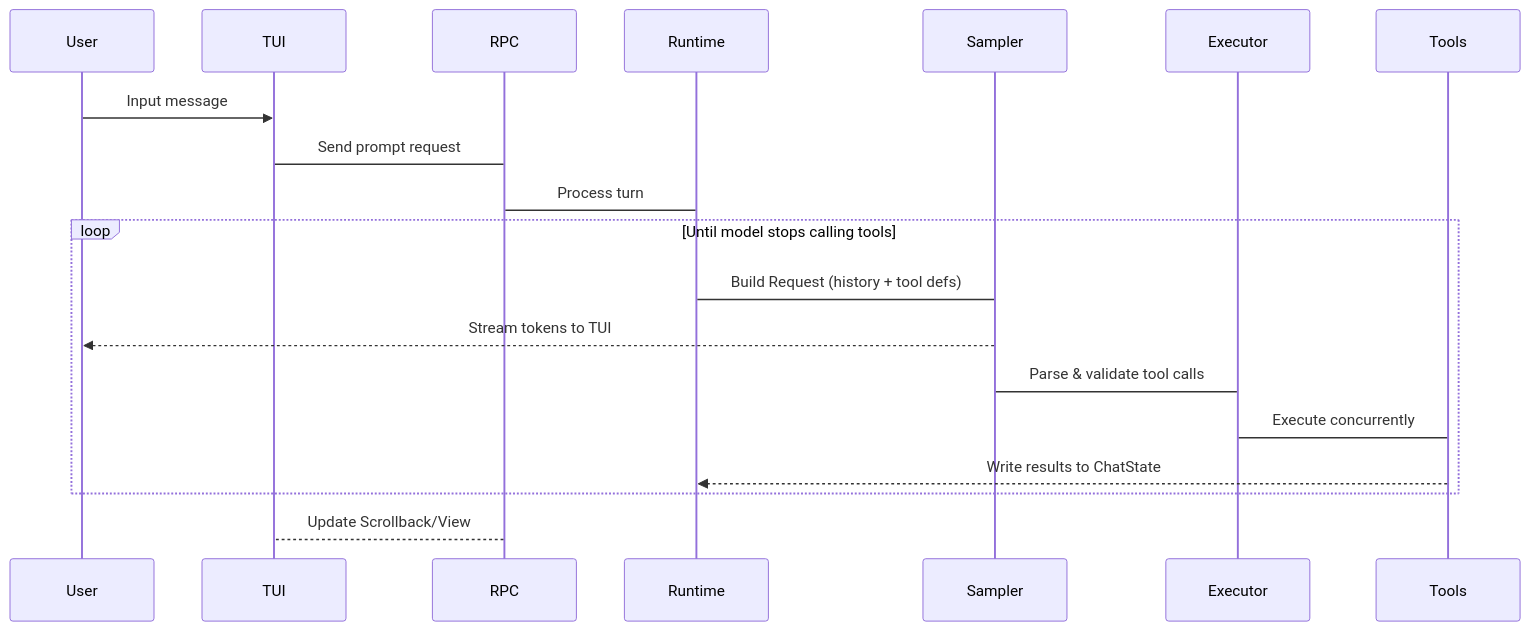
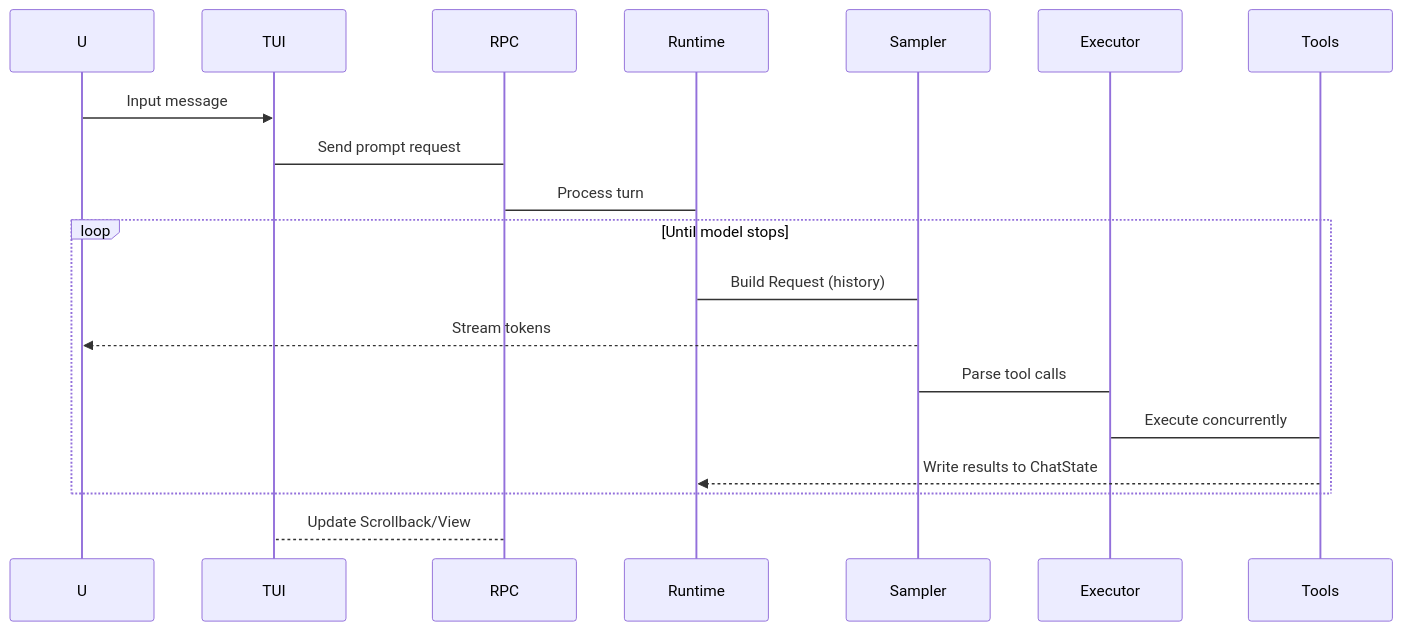
Before and after one commit to jefby/grok-build: the diagram in docs/architecture-summary.md, drawn with Mermaid. The commit also changed other lines of this file, not shown here.

Commit message:
docs: 修复 Mermaid diagram语法错误

````diff
--- a/docs/architecture-summary.md
+++ b/docs/architecture-summary.md
@@ -142,21 +136,21 @@
 ```mermaid
 sequenceDiagram
-    participant User as User
+    participant User as U
     participant TUI
     participant RPC
     participant Runtime
     
     User->>TUI: Input message
     TUI->RPC: Send prompt request  
     RPC->Runtime: Process turn
     
-    loop Until model stops calling tools
-        Runtime->Sampler: Build Request (history + tool defs)
-        Sampler-->>User: Stream tokens to TUI
-        Sampler->Executor: Parse & validate tool calls
+    loop Until model stops
+        Runtime->Sampler: Build Request (history)
+        Sampler-->>User: Stream tokens
+        Sampler->Executor: Parse tool calls
         Executor->Tools: Execute concurrently
         Tools-->>Runtime: Write results to ChatState
     end
     
     RPC-->TUI: Update Scrollback/View
 ```
````
